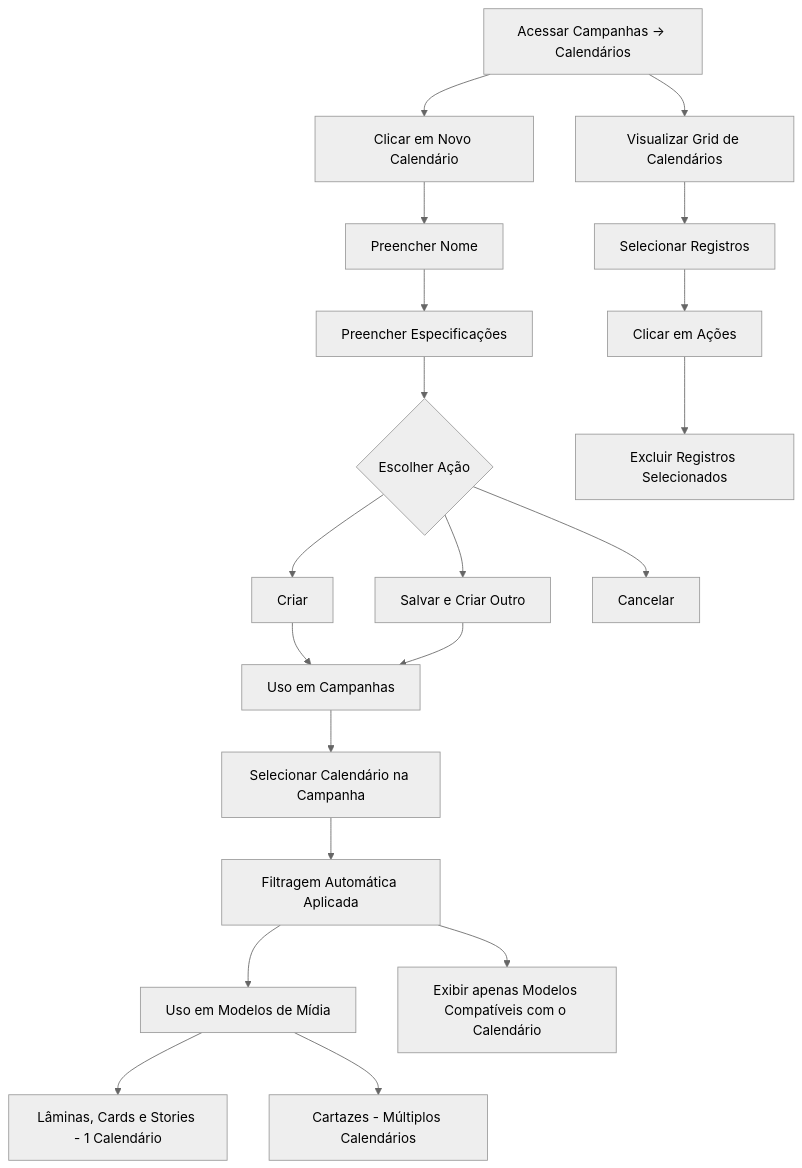
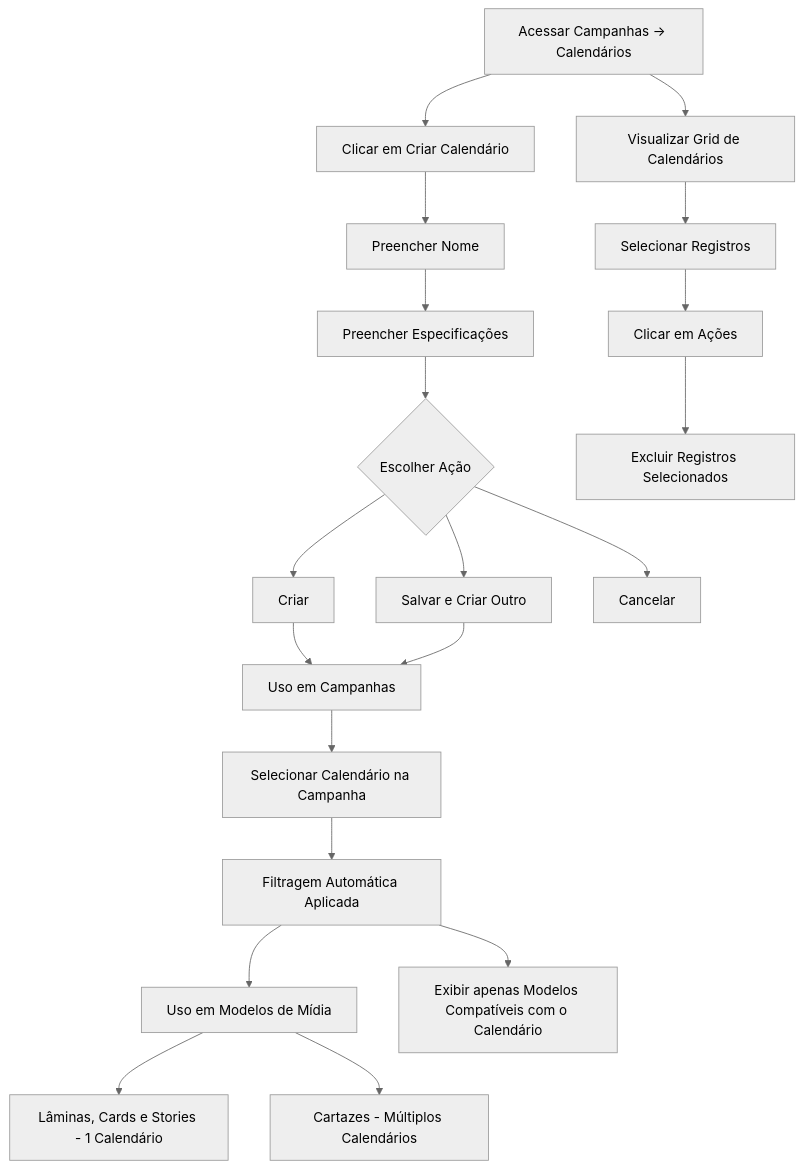
The diagram in docs/Campanhas/Calendários.md (suporte552/documentacao), drawn with Mermaid (neutral theme) before and after one commit. The commit also changed other lines of this file, not shown here.

Commit message:
vault backup: 2026-03-25 16:10:18

````diff
--- a/docs/Campanhas/Calendários.md
+++ b/docs/Campanhas/Calendários.md
@@ -137,27 +137,27 @@
 ```mermaid
 graph TD
-    A[Acessar Campanhas -> Calendários] --> B[Clicar em Novo Calendário]
+    A[Acessar Campanhas -> Calendários] --> B[Clicar em Criar Calendário]
     B --> C[Preencher Nome]
     C --> D[Preencher Especificações]
     D --> E{Escolher Ação}
     E --> F[Criar]
     E --> G[Salvar e Criar Outro]
     E --> H[Cancelar]
 
     A --> I[Visualizar Grid de Calendários]
     I --> J[Selecionar Registros]
     J --> K[Clicar em Ações]
     K --> L[Excluir Registros Selecionados]
 
     F --> M[Uso em Campanhas]
     G --> M
 
     M --> N[Selecionar Calendário na Campanha]
     N --> O[Filtragem Automática Aplicada]
 
     O --> P[Uso em Modelos de Mídia]
     P --> Q[Lâminas, Cards e Stories - 1 Calendário]
     P --> R[Cartazes - Múltiplos Calendários]
 
     O --> S[Exibir apenas Modelos Compatíveis com o Calendário]
 ```
````
